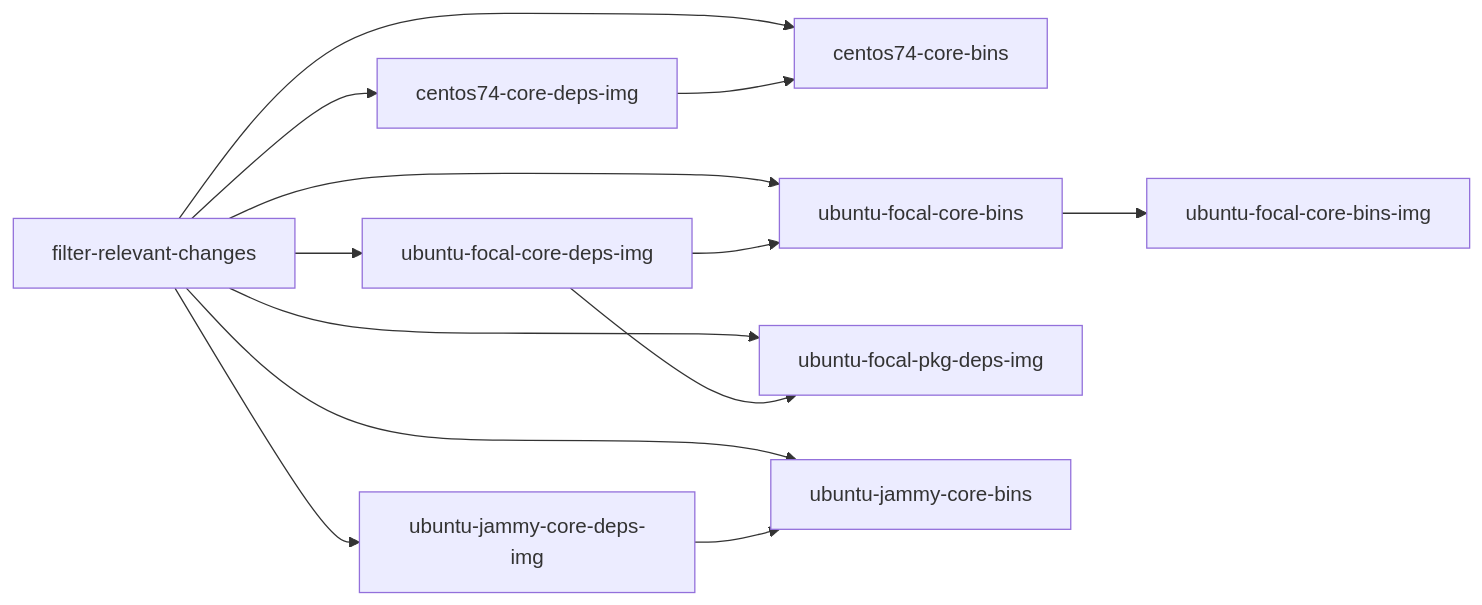
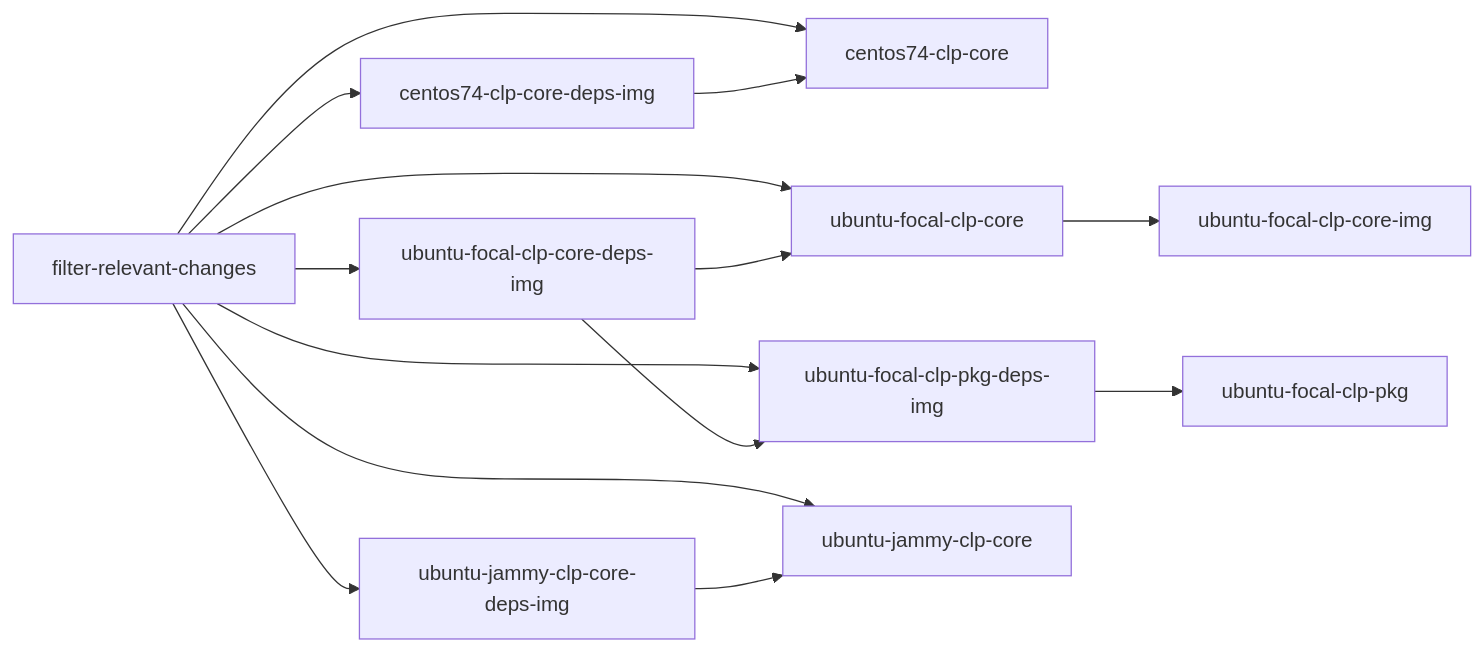
One commit to kirkrodrigues/clp changed the diagram in docs/gh-workflows.md. Above: the diagram before and after it, drawn with Mermaid. The commit also changed other lines of this file, not shown here.

Commit message:
Update docs again to plan new GH workflow jobs.

````diff
--- a/docs/gh-workflows.md
+++ b/docs/gh-workflows.md
@@ -16,15 +16,16 @@
 ```mermaid
 flowchart LR
-    filter-relevant-changes --> centos74-core-deps-img
-    filter-relevant-changes --> ubuntu-focal-core-deps-img
-    filter-relevant-changes --> ubuntu-jammy-core-deps-img
-    filter-relevant-changes --> centos74-core-bins
-    filter-relevant-changes --> ubuntu-focal-core-bins
-    filter-relevant-changes --> ubuntu-focal-pkg-deps-img
-    filter-relevant-changes --> ubuntu-jammy-core-bins
-    centos74-core-deps-img --> centos74-core-bins
-    ubuntu-focal-core-deps-img --> ubuntu-focal-core-bins
-    ubuntu-jammy-core-deps-img --> ubuntu-jammy-core-bins
-    ubuntu-focal-core-bins --> ubuntu-focal-core-bins-img
-    ubuntu-focal-core-deps-img --> ubuntu-focal-pkg-deps-img
+    filter-relevant-changes --> centos74-clp-core-deps-img
+    filter-relevant-changes --> ubuntu-focal-clp-core-deps-img
+    filter-relevant-changes --> ubuntu-jammy-clp-core-deps-img
+    filter-relevant-changes --> centos74-clp-core
+    filter-relevant-changes --> ubuntu-focal-clp-core
+    filter-relevant-changes --> ubuntu-focal-clp-pkg-deps-img
+    filter-relevant-changes --> ubuntu-jammy-clp-core
+    centos74-clp-core-deps-img --> centos74-clp-core
+    ubuntu-focal-clp-core-deps-img --> ubuntu-focal-clp-core
+    ubuntu-jammy-clp-core-deps-img --> ubuntu-jammy-clp-core
+    ubuntu-focal-clp-core --> ubuntu-focal-clp-core-img
+    ubuntu-focal-clp-core-deps-img --> ubuntu-focal-clp-pkg-deps-img
+    ubuntu-focal-clp-pkg-deps-img --> ubuntu-focal-clp-pkg
 ```
````
